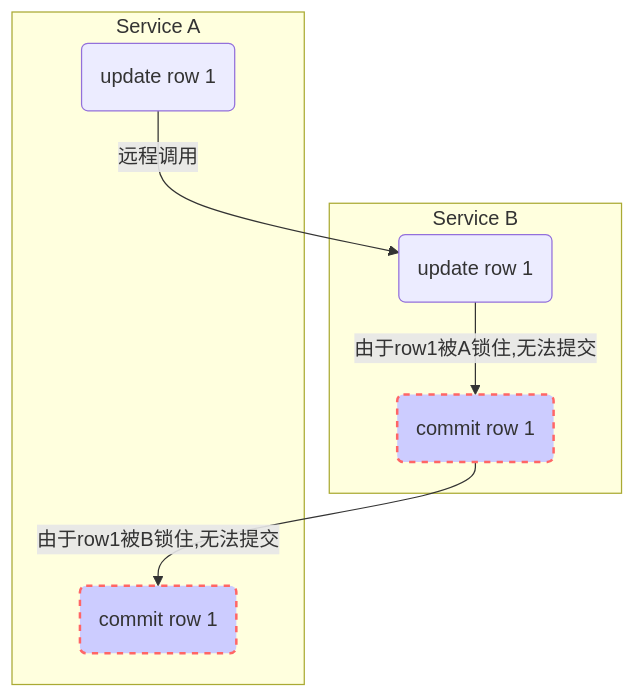
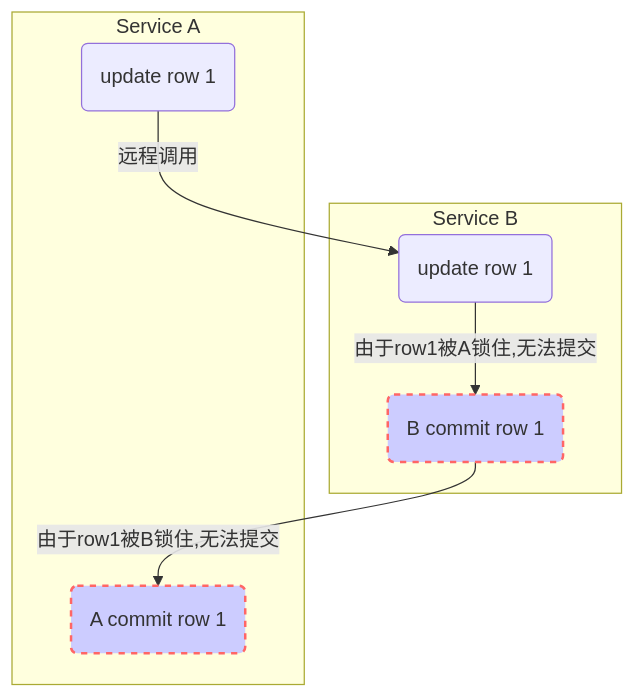
One commit to zhudongdong/docs changed the diagram in dubbo/服务治理问题案例.md. Above: the diagram before and after it, drawn with Mermaid. The commit also changed other lines of this file, not shown here.

````diff
--- a/dubbo/服务治理问题案例.md
+++ b/dubbo/服务治理问题案例.md
@@ -3,20 +3,20 @@
 ```mermaid
 graph TB
 
 subgraph Service B
 c(update row 1)
-d(commit row 1)
+d(B commit row 1)
 end
 subgraph Service A
 a(update row 1)
-b(commit row 1)
+b(A commit row 1)
 
 a --远程调用--> c
 d --由于row1被B锁住,无法提交--> b
 c --由于row1被A锁住,无法提交--> d
 
 style d fill:#ccf,stroke:#f66,stroke-width:2px,stroke-dasharray: 5, 5
 style b fill:#ccf,stroke:#f66,stroke-width:2px,stroke-dasharray: 5, 5
 
 end
 ```
````
